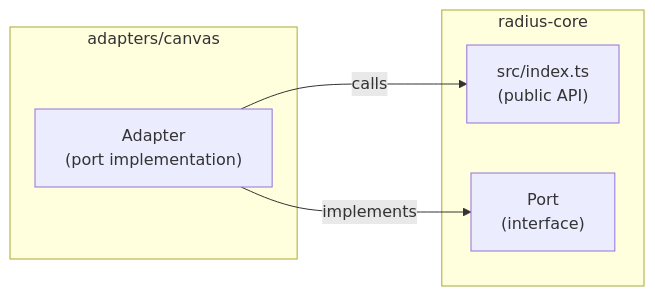
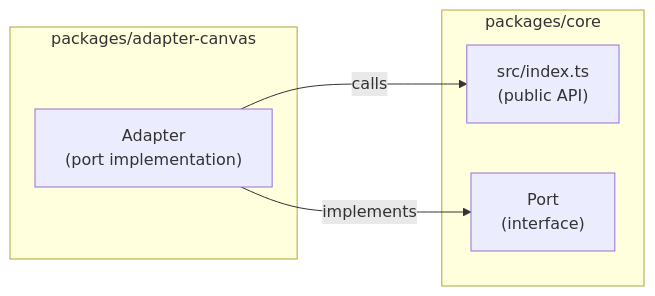
One commit to radius-project/ai-extensions changed the second of 5 diagrams in .github/skills/radius-architecture-documenter/references/mermaid-patterns.md. Above: the diagram before and after it, drawn with Mermaid. The commit also changed other lines of this file and 34 other files, not shown here.

````diff
--- a/.github/skills/radius-architecture-documenter/references/mermaid-patterns.md
+++ b/.github/skills/radius-architecture-documenter/references/mermaid-patterns.md
@@ -37,14 +37,14 @@
 ```mermaid
 graph LR
-    subgraph core["radius-core"]
+    subgraph core["packages/core"]
         API["src/index.ts<br/>(public API)"]
         Port["Port<br/>(interface)"]
     end
 
-    subgraph canvas["adapters/canvas"]
+    subgraph canvas["packages/adapter-canvas"]
         Impl["Adapter<br/>(port implementation)"]
     end
 
     Impl -->|implements| Port
     Impl -->|calls| API
 ```
````
